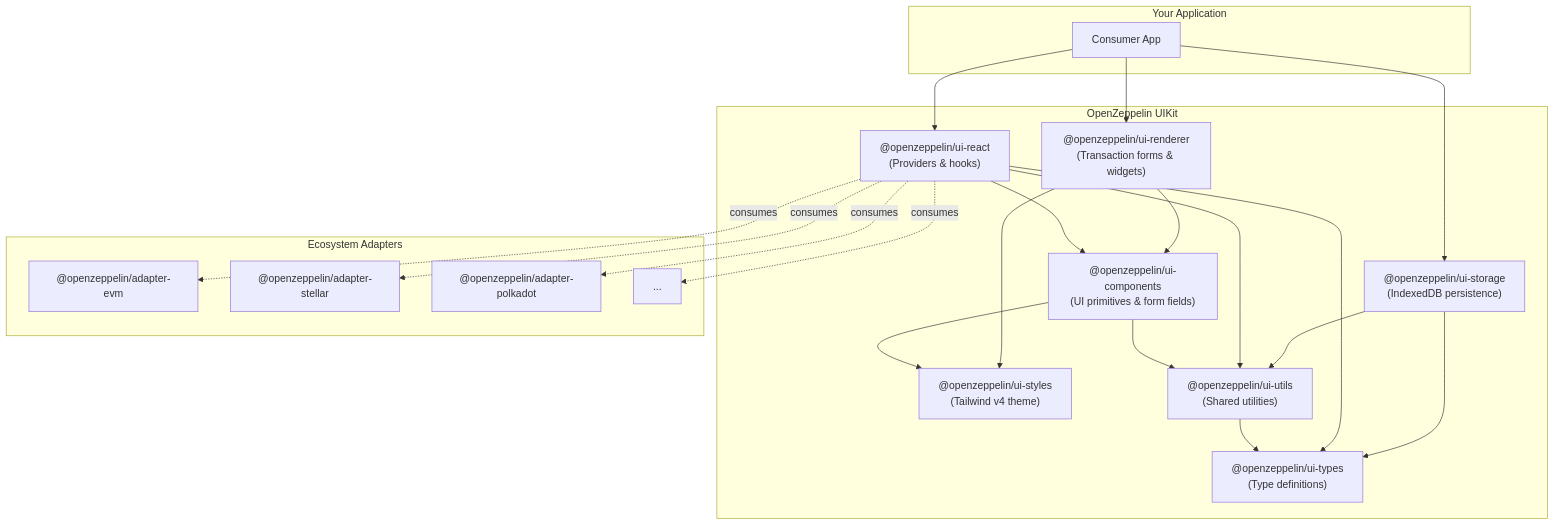
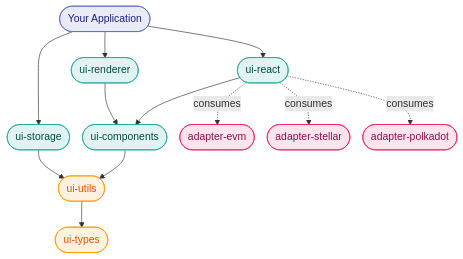
The first of 2 diagrams in content/tools/uikit/index.mdx (OpenZeppelin/docs), drawn with Mermaid before and after one commit. The commit also changed 1 other file, not shown here.

Commit message:
docs(uikit): rewrite Mermaid diagrams for clean layout
Replace nested subgraph diagrams with flat color-coded flowcharts.
Eliminates overlapping labels and tangled arrows by using:
- Individual styled nodes instead of subgraph containers
- Minimal dependency arrows (table covers full details)
- Stadium-shaped nodes with color legend
- Init config for tighter spacing

````diff
--- a/content/tools/uikit/index.mdx
+++ b/content/tools/uikit/index.mdx
@@ -25,42 +25,35 @@
 ```mermaid
-graph TB
-  subgraph "Your Application"
-    App["Consumer App"]
-  end
+%%{init: {'flowchart': {'nodeSpacing': 20, 'rankSpacing': 40}} }%%
+flowchart TD
+  App(["Your Application"])
 
-  subgraph "OpenZeppelin UIKit"
-    Storage["@openzeppelin/ui-storage<br/>(IndexedDB persistence)"]
-    Renderer["@openzeppelin/ui-renderer<br/>(Transaction forms & widgets)"]
-    React["@openzeppelin/ui-react<br/>(Providers & hooks)"]
-    Components["@openzeppelin/ui-components<br/>(UI primitives & form fields)"]
-    Styles["@openzeppelin/ui-styles<br/>(Tailwind v4 theme)"]
-    Utils["@openzeppelin/ui-utils<br/>(Shared utilities)"]
-    Types["@openzeppelin/ui-types<br/>(Type definitions)"]
-  end
+  Storage(["ui-storage"])
+  Renderer(["ui-renderer"])
+  ReactPkg(["ui-react"])
+  Components(["ui-components"])
+  Utils(["ui-utils"])
+  Types(["ui-types"])
 
-  subgraph "Ecosystem Adapters"
-    EVM["@openzeppelin/adapter-evm"]
-    Stellar["@openzeppelin/adapter-stellar"]
-    Polkadot["@openzeppelin/adapter-polkadot"]
-    More["..."]
-  end
+  EVM(["adapter-evm"])
+  Stellar(["adapter-stellar"])
+  Polkadot(["adapter-polkadot"])
 
-  App --> Storage
-  App --> Renderer
-  App --> React
+  App --> Storage & Renderer & ReactPkg
   Storage --> Utils
-  Storage --> Types
   Renderer --> Components
-  Renderer --> Styles
-  React --> Types
-  React --> Utils
-  React --> Components
-  Components --> Styles
+  ReactPkg --> Components
   Components --> Utils
   Utils --> Types
+  ReactPkg -.->|consumes| EVM & Stellar & Polkadot
 
-  React -.->|consumes| EVM
-  React -.->|consumes| Stellar
-  React -.->|consumes| Polkadot
-  React -.->|consumes| More
+  style App fill:#e8eaf6,stroke:#5c6bc0,color:#1a237e
+  style Storage fill:#e0f2f1,stroke:#26a69a,color:#004d40
+  style Renderer fill:#e0f2f1,stroke:#26a69a,color:#004d40
+  style ReactPkg fill:#e0f2f1,stroke:#26a69a,color:#004d40
+  style Components fill:#e0f2f1,stroke:#26a69a,color:#004d40
+  style Utils fill:#fff3e0,stroke:#ff9800,color:#e65100
+  style Types fill:#fff3e0,stroke:#ff9800,color:#e65100
+  style EVM fill:#fce4ec,stroke:#e91e63,color:#880e4f
+  style Stellar fill:#fce4ec,stroke:#e91e63,color:#880e4f
+  style Polkadot fill:#fce4ec,stroke:#e91e63,color:#880e4f
 ```
````
